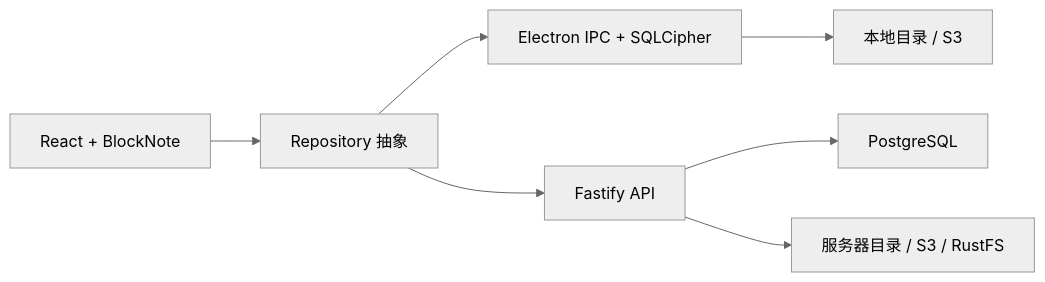
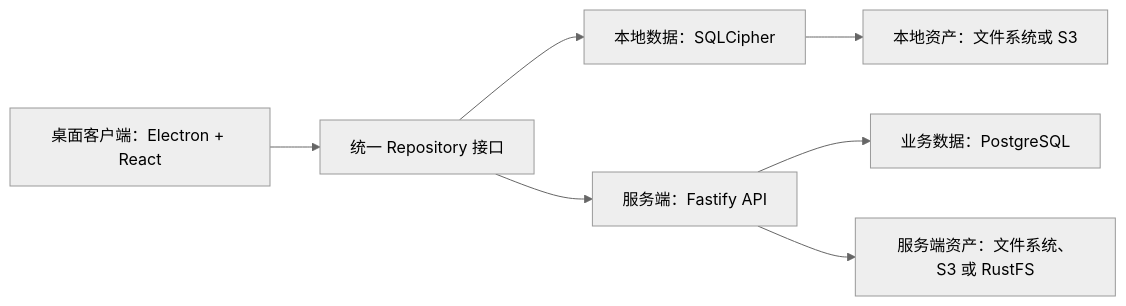
The diagram in README.md (deek-coder/deek-pm), drawn with Mermaid (neutral theme) before and after one commit. The commit also changed other lines of this file and 1 other file, not shown here.

Commit message:
docs(readme): 优化项目首页并修复架构图

````diff
--- a/README.md
+++ b/README.md
@@ -26,9 +97,17 @@
 ```mermaid
 flowchart LR
-  UI["React + BlockNote"] --> Repo["Repository 抽象"]
-  Repo --> Local["Electron IPC + SQLCipher"]
-  Repo --> API["Fastify API"]
-  Local --> LocalAsset["本地目录 / S3"]
-  API --> PG["PostgreSQL"]
-  API --> ServerAsset["服务器目录 / S3 / RustFS"]
+    desktop["桌面客户端：Electron + React"]
+    repository["统一 Repository 接口"]
+    localdb["本地数据：SQLCipher"]
+    localasset["本地资产：文件系统或 S3"]
+    service["服务端：Fastify API"]
+    postgres["业务数据：PostgreSQL"]
+    serverasset["服务端资产：文件系统、S3 或 RustFS"]
+
+    desktop --> repository
+    repository --> localdb
+    repository --> service
+    localdb --> localasset
+    service --> postgres
+    service --> serverasset
 ```
````
